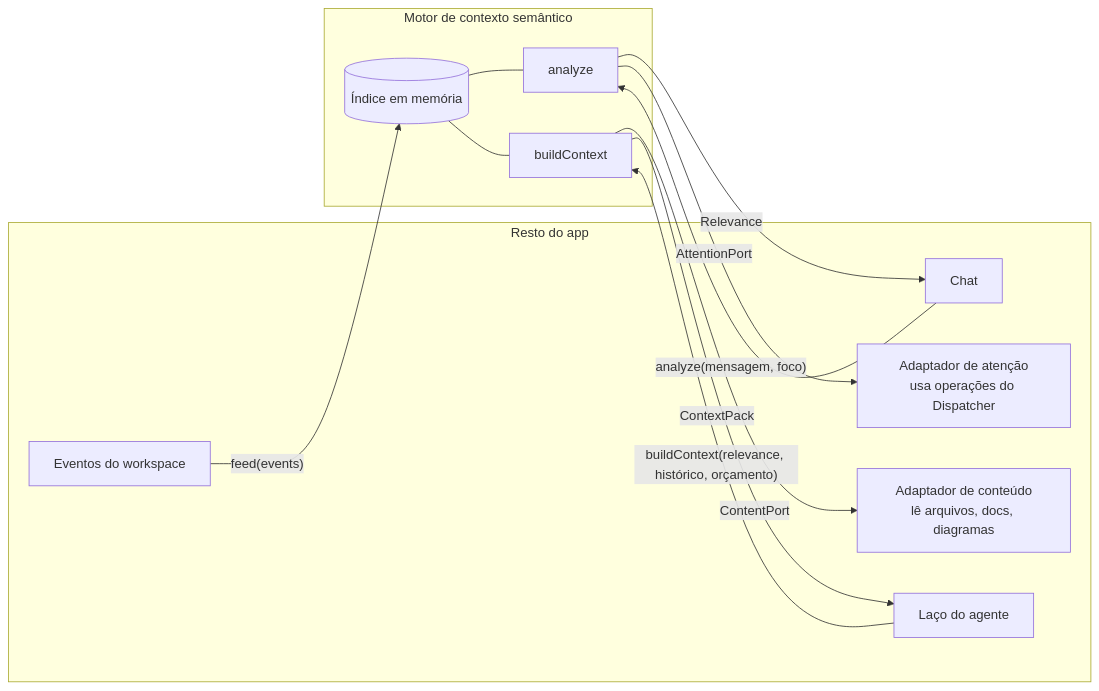
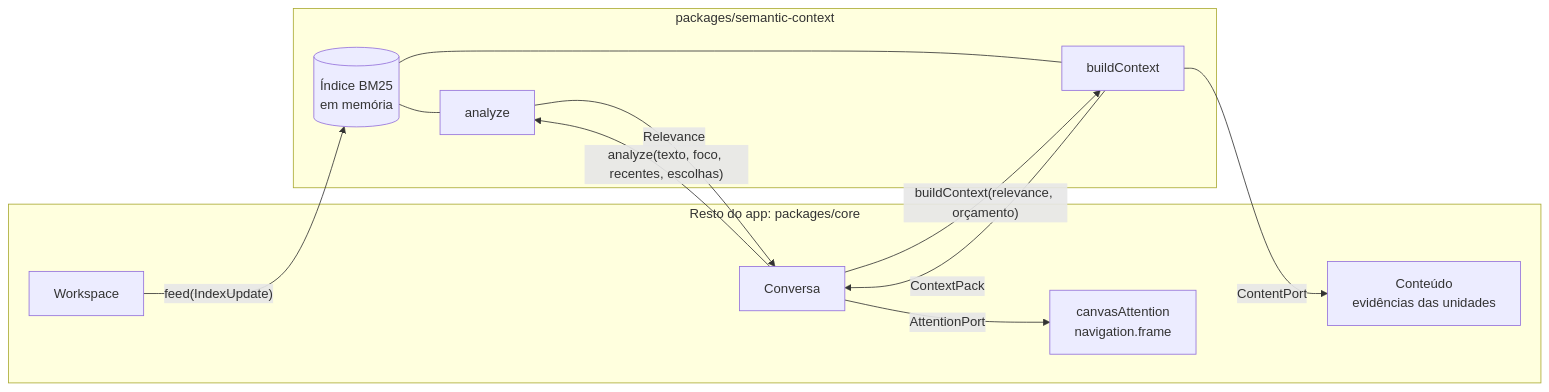
One commit to arthurparahyba/open-semantic changed the first of 2 diagrams in docs/funcionalidades/08-gestao-de-contexto.md. Above: the diagram before and after it, drawn with Mermaid. The commit also changed other lines of this file and 18 other files, not shown here.

First line of the commit message:
Motor de contexto na conversa: foco no assunto, pergunta rápida e contexto enxuto

````diff
--- a/docs/funcionalidades/08-gestao-de-contexto.md
+++ b/docs/funcionalidades/08-gestao-de-contexto.md
@@ -24,24 +24,23 @@
 ```mermaid
 flowchart LR
-    subgraph APP[Resto do app]
-      EV[Eventos do workspace]
-      CHAT[Chat]
-      LOOP[Laço do agente]
-      UIA[Adaptador de atenção<br/>usa operações do Dispatcher]
-      CA[Adaptador de conteúdo<br/>lê arquivos, docs, diagramas]
+    subgraph APP[Resto do app: packages/core]
+      WS[Workspace]
+      CONV[Conversa]
+      UIA[canvasAttention<br/>navigation.frame]
+      CA[Conteúdo<br/>evidências das unidades]
     end
-    subgraph MOTOR[Motor de contexto semântico]
-      IDX[(Índice em memória)]
+    subgraph MOTOR[packages/semantic-context]
+      IDX[(Índice BM25<br/>em memória)]
       AN[analyze]
       BC[buildContext]
     end
-    EV -->|"feed(events)"| IDX
-    CHAT -->|"analyze(mensagem, foco)"| AN
-    AN -->|Relevance| CHAT
-    AN -->|"AttentionPort"| UIA
-    LOOP -->|"buildContext(relevance, histórico, orçamento)"| BC
+    WS -->|"feed(IndexUpdate)"| IDX
+    CONV -->|"analyze(texto, foco, recentes, escolhas)"| AN
+    AN -->|Relevance| CONV
+    CONV -->|"AttentionPort"| UIA
+    CONV -->|"buildContext(relevance, orçamento)"| BC
     BC -->|"ContentPort"| CA
-    BC -->|ContextPack| LOOP
+    BC -->|ContextPack| CONV
     IDX --- AN
     IDX --- BC
 ```
````
